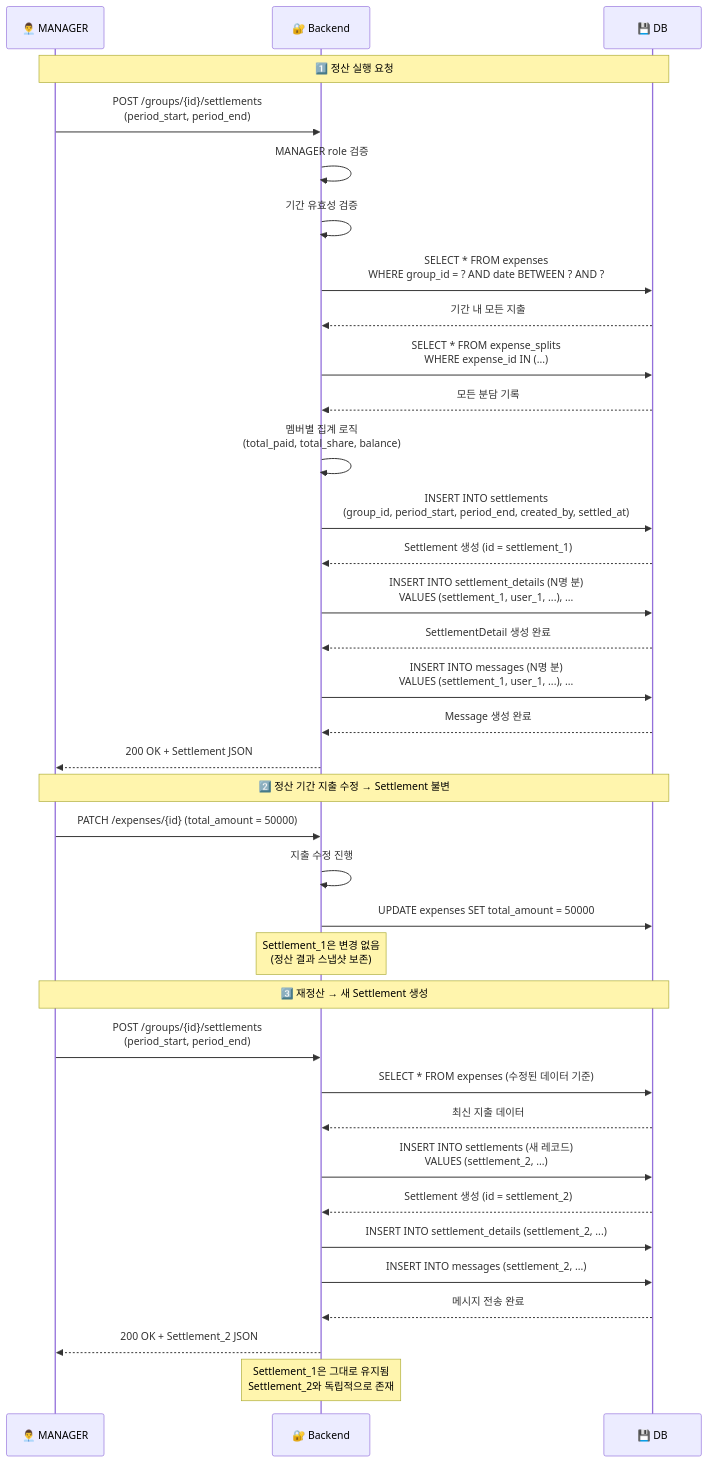
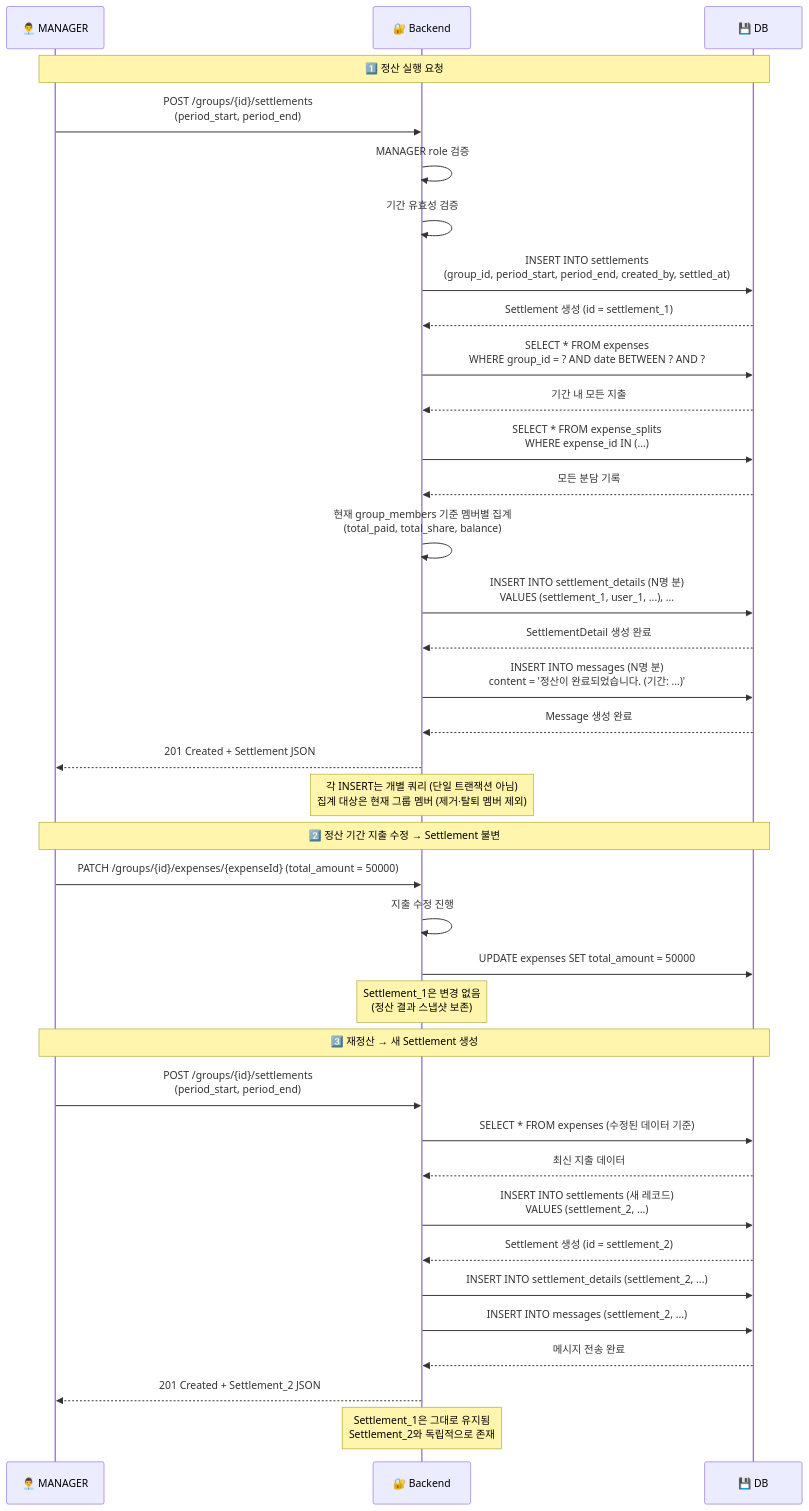
The fourth of 5 diagrams in docs/5-arch-diagram.md (stepanowon/budget-book), drawn with Mermaid before and after one commit. The commit also changed other lines of this file and 12 other files, not shown here.

Commit message:
docs: 코드베이스 기준으로 문서 동기화 (인증 흐름, ERD, API 명세, 구조, 스타일 가이드 등)

````diff
--- a/docs/5-arch-diagram.md
+++ b/docs/5-arch-diagram.md
@@ -206,41 +227,42 @@
 ```mermaid
 sequenceDiagram
     participant Manager as 👨‍💼 MANAGER
     participant Backend as 🔐 Backend
     participant DB as 💾 DB
 
     Note over Manager,DB: 1️⃣ 정산 실행 요청
     Manager->>Backend: POST /groups/{id}/settlements<br/>(period_start, period_end)
     Backend->>Backend: MANAGER role 검증
     Backend->>Backend: 기간 유효성 검증
+    Backend->>DB: INSERT INTO settlements<br/>(group_id, period_start, period_end, created_by, settled_at)
+    DB-->>Backend: Settlement 생성 (id = settlement_1)
     Backend->>DB: SELECT * FROM expenses<br/>WHERE group_id = ? AND date BETWEEN ? AND ?
     DB-->>Backend: 기간 내 모든 지출
     Backend->>DB: SELECT * FROM expense_splits<br/>WHERE expense_id IN (...)
     DB-->>Backend: 모든 분담 기록
-    Backend->>Backend: 멤버별 집계 로직<br/>(total_paid, total_share, balance)
-    Backend->>DB: INSERT INTO settlements<br/>(group_id, period_start, period_end, created_by, settled_at)
-    DB-->>Backend: Settlement 생성 (id = settlement_1)
+    Backend->>Backend: 현재 group_members 기준 멤버별 집계<br/>(total_paid, total_share, balance)
     Backend->>DB: INSERT INTO settlement_details (N명 분)<br/>VALUES (settlement_1, user_1, ...), ...
     DB-->>Backend: SettlementDetail 생성 완료
-    Backend->>DB: INSERT INTO messages (N명 분)<br/>VALUES (settlement_1, user_1, ...), ...
+    Backend->>DB: INSERT INTO messages (N명 분)<br/>content = '정산이 완료되었습니다. (기간: …)'
     DB-->>Backend: Message 생성 완료
-    Backend-->>Manager: 200 OK + Settlement JSON
+    Backend-->>Manager: 201 Created + Settlement JSON
+    Note over Backend: 각 INSERT는 개별 쿼리 (단일 트랜잭션 아님)<br/>집계 대상은 현재 그룹 멤버 (제거·탈퇴 멤버 제외)
 
     Note over Manager,DB: 2️⃣ 정산 기간 지출 수정 → Settlement 불변
-    Manager->>Backend: PATCH /expenses/{id} (total_amount = 50000)
+    Manager->>Backend: PATCH /groups/{id}/expenses/{expenseId} (total_amount = 50000)
     Backend->>Backend: 지출 수정 진행
     Backend->>DB: UPDATE expenses SET total_amount = 50000
     Note over Backend: Settlement_1은 변경 없음<br/>(정산 결과 스냅샷 보존)
 
     Note over Manager,DB: 3️⃣ 재정산 → 새 Settlement 생성
     Manager->>Backend: POST /groups/{id}/settlements<br/>(period_start, period_end)
     Backend->>DB: SELECT * FROM expenses (수정된 데이터 기준)
     DB-->>Backend: 최신 지출 데이터
     Backend->>DB: INSERT INTO settlements (새 레코드)<br/>VALUES (settlement_2, ...)
     DB-->>Backend: Settlement 생성 (id = settlement_2)
     Backend->>DB: INSERT INTO settlement_details (settlement_2, ...)
     Backend->>DB: INSERT INTO messages (settlement_2, ...)
     DB-->>Backend: 메시지 전송 완료
-    Backend-->>Manager: 200 OK + Settlement_2 JSON
+    Backend-->>Manager: 201 Created + Settlement_2 JSON
     Note over Backend: Settlement_1은 그대로 유지됨<br/>Settlement_2와 독립적으로 존재
 ```
````
